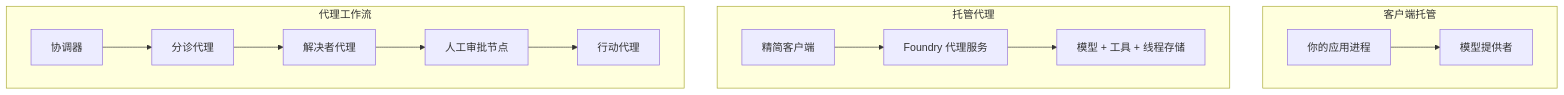
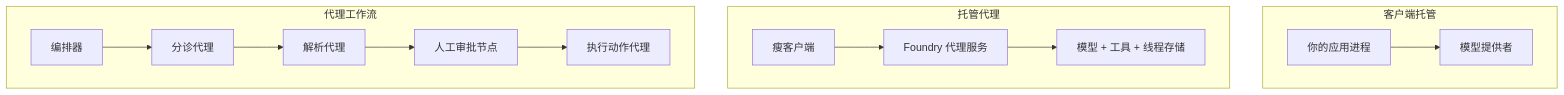
One commit to microsoft/ai-agents-for-beginners changed the first of 4 diagrams in translations/zh-CN/16-deploying-scalable-agents/README.md. Above: the diagram before and after it, drawn with Mermaid. The commit also changed other lines of this file and 47 other files, not shown here.

````diff
--- a/translations/zh-CN/16-deploying-scalable-agents/README.md
+++ b/translations/zh-CN/16-deploying-scalable-agents/README.md
@@ -87,16 +87,16 @@
 ```mermaid
 flowchart TB
     subgraph P1[客户端托管]
         A1[你的应用进程] --> M1[模型提供者]
     end
     subgraph P2[托管代理]
-        A2[精简客户端] --> F2[Foundry 代理服务]
+        A2[瘦客户端] --> F2[Foundry 代理服务]
         F2 --> M2[模型 + 工具 + 线程存储]
     end
     subgraph P3[代理工作流]
-        A3[协调器] --> S1[分诊代理]
-        S1 --> S2[解决者代理]
+        A3[编排器] --> S1[分诊代理]
+        S1 --> S2[解析代理]
         S2 --> H[人工审批节点]
-        H --> S3[行动代理]
+        H --> S3[执行动作代理]
     end
 ```
````
